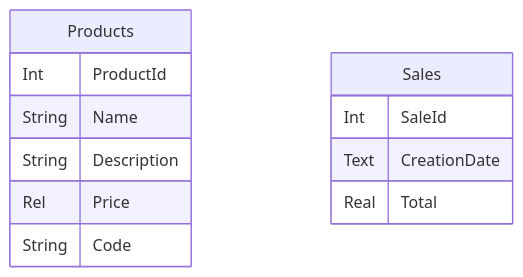
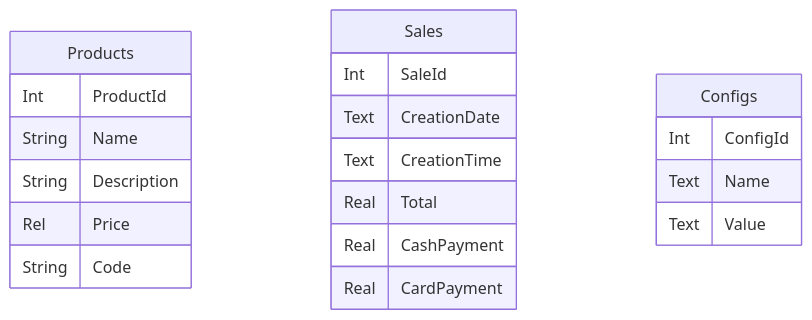
The diagram in documentacion/ERDiagram.md (Wissenss/Xatos), drawn with Mermaid before and after one commit. The commit also changed 38 other files, not shown here.

````diff
--- a/documentacion/ERDiagram.md
+++ b/documentacion/ERDiagram.md
@@ -1,16 +1,25 @@
 ```mermaid
 erDiagram
     Products{
         Int ProductId
         String Name
         String Description
         Rel Price
         String Code
     }
 
     Sales{
         Int SaleId
         Text CreationDate
+        Text CreationTime
         Real Total
+        Real CashPayment
+        Real CardPayment
+    }
+
+    Configs{
+        Int ConfigId
+        Text Name
+        Text Value
     }
 ```
````
